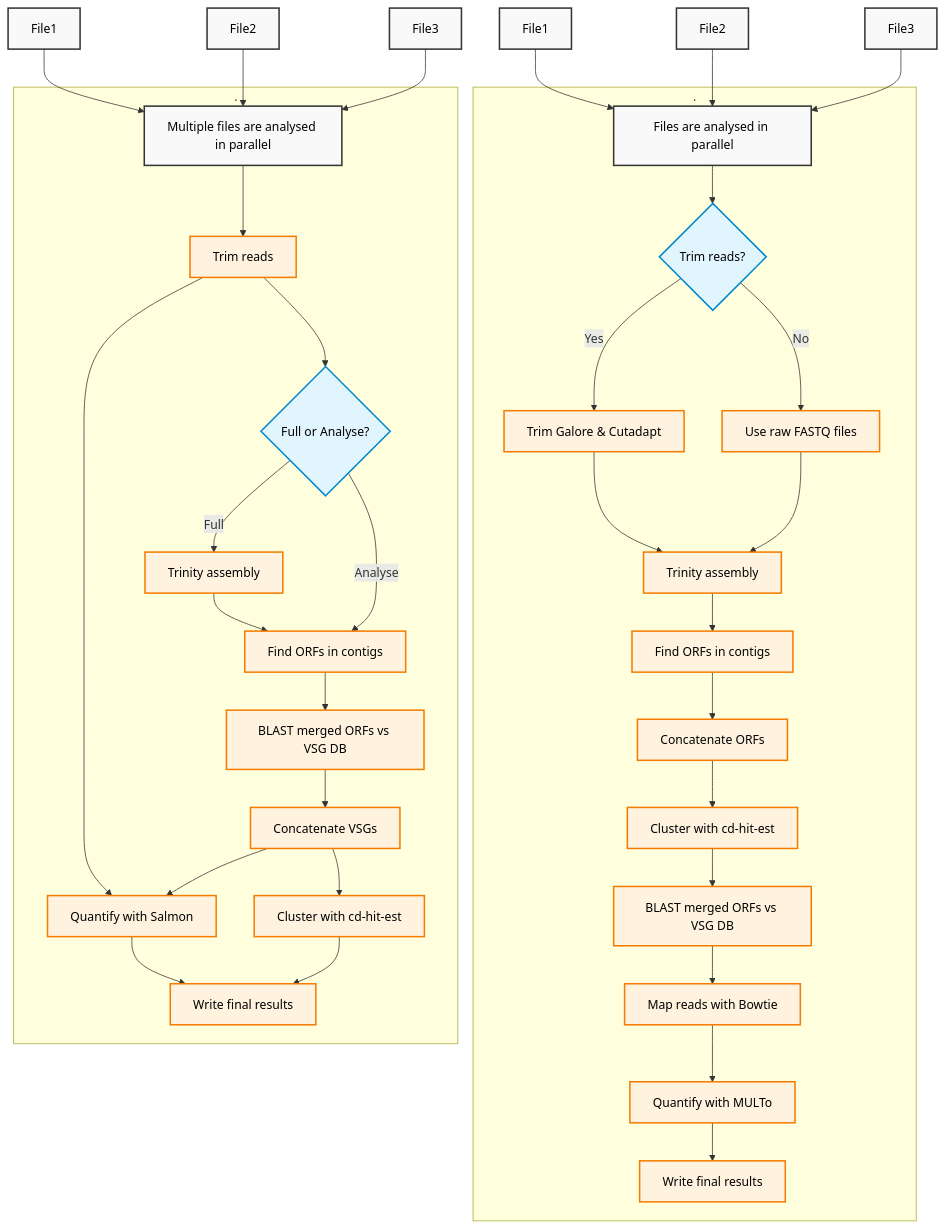
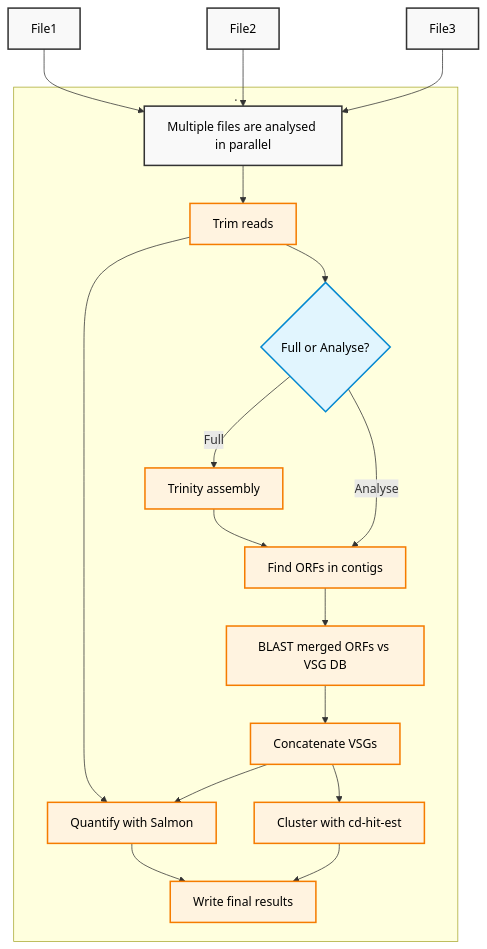
The diagram in README.md (goldrieve/vsgseq2), drawn with Mermaid before and after one commit.

````diff
--- a/README.md
+++ b/README.md
@@ -66,67 +66,37 @@
 ```mermaid
 
 flowchart TD
-    subgraph s1["."]
-        C1{"Trim reads?"}
-        D1["Trim Galore & Cutadapt"]
-        E1["Use raw FASTQ files"]
-        F1["Trinity assembly"]
-        G1["Find ORFs in contigs"]
-        H1["Concatenate ORFs"]
-        I1["Cluster with cd-hit-est"]
-        J1["BLAST merged ORFs vs VSG DB"]
-        M1["Map reads with Bowtie"]
-        N1["Quantify with MULTo"]
-        P1["Write final results"]
-        Q1["Files are analysed in parallel"]
-    end
     subgraph vsgseq2["."]
         C3["Trim reads"]
         D3{"Full or Analyse?"}
         E3["Trinity assembly"]
         F3["Find ORFs in contigs"]
         G3["BLAST merged ORFs vs VSG DB"]
         H3["Concatenate VSGs"]
         I3["Cluster with cd-hit-est"]
         K3["Quantify with Salmon"]
         L3["Write final results"]
         M3["Multiple files are analysed in parallel"]
     end
 
     Fi1["File1"] --> M3
     Fi2["File2"] --> M3
     Fi3["File3"] --> M3
     M3 --> C3
     C3 --> D3 & K3
     D3 -- Full --> E3
     E3 --> F3
     D3 -- Analyse --> F3
     F3 --> G3
     G3 --> H3
     H3 --> K3 & I3
     K3 --> L3
     I3 --> L3
 
-    Fl1["File1"] --> Q1
-    Fl2["File2"] --> Q1
-    Fl3["File3"] --> Q1
-    Q1 --> C1
-    C1 -- Yes --> D1
-    C1 -- No --> E1
-    D1 --> F1
-    E1 --> F1
-    F1 --> G1
-    G1 --> H1
-    H1 --> I1
-    I1 --> J1
-    J1 --> M1
-    M1 --> N1
-    N1 --> P1
-
     classDef default fill:#f9f9f9,stroke:#333,stroke-width:2px,color:#000
     classDef decision fill:#e1f5fe,stroke:#0288d1,stroke-width:2px,color:#000
     classDef process fill:#fff3e0,stroke:#f57c00,stroke-width:2px,color:#000
 
     class C1,D3 decision
     class D1,E1,F1,G1,H1,I1,J1,M1,N1,P1,C3,E3,F3,G3,H3,I3,K3,L3 process
 ```
````
